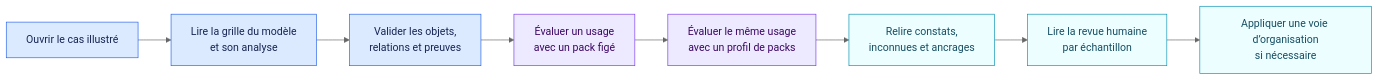
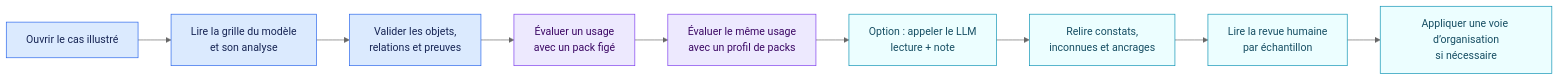
One commit to NickChaps/Open-AIRS changed the diagram in docs/fr/demarrage.md. Above: the diagram before and after it, drawn with Mermaid (neutral theme). The commit also changed other lines of this file and 58 other files, not shown here.

````diff
--- a/docs/fr/demarrage.md
+++ b/docs/fr/demarrage.md
@@ -5,17 +5,18 @@
 ```mermaid
 flowchart LR
     O["Ouvrir le cas illustré"] --> X["Lire la grille du modèle<br/>et son analyse"]
     X --> V["Valider les objets,<br/>relations et preuves"]
     V --> A["Évaluer un usage<br/>avec un pack figé"]
     A --> P["Évaluer le même usage<br/>avec un profil de packs"]
-    P --> R["Relire constats,<br/>inconnues et ancrages"]
+    P --> L["Option : appeler le LLM<br/>lecture + note"]
+    L --> R["Relire constats,<br/>inconnues et ancrages"]
     R --> H["Lire la revue humaine<br/>par échantillon"]
     H --> W["Appliquer une voie d’organisation<br/>si nécessaire"]
 
     classDef input fill:#dbeafe,stroke:#2563eb,color:#172554
     classDef engine fill:#ede9fe,stroke:#7c3aed,color:#3b0764
     classDef result fill:#ecfeff,stroke:#0891b2,color:#164e63
     class O,X,V input
     class A,P engine
-    class R,H,W result
+    class L,R,H,W result
 ```
````
